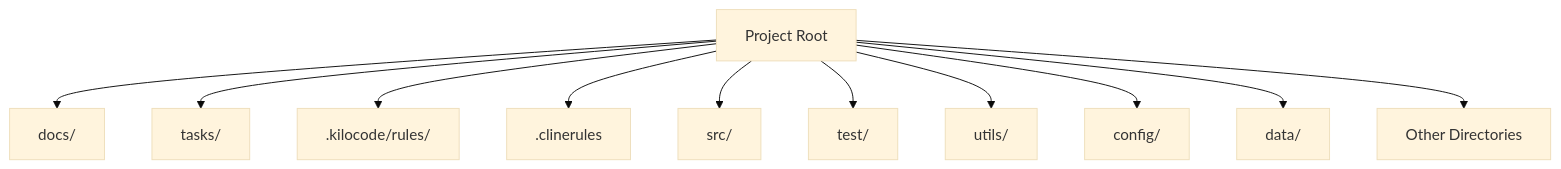
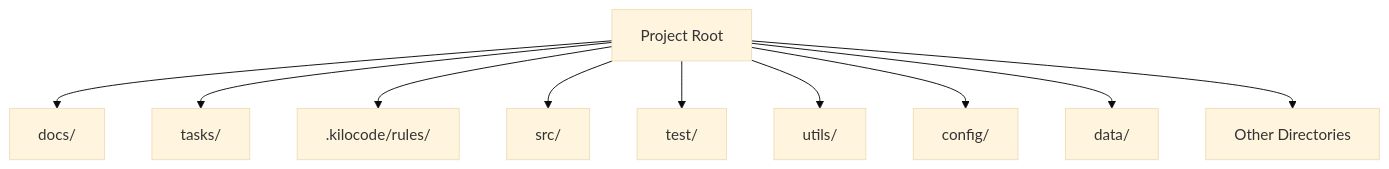
One commit to jayhan94/kilocode-rules changed the diagram in rules/directory-structure.mdc. Above: the diagram before and after it, drawn with Mermaid (base theme). The commit also changed other lines of this file and 1 other file, not shown here.

Commit message:
Remove references to Cline and Cursor

````diff
--- a/rules/directory-structure.mdc
+++ b/rules/directory-structure.mdc
@@ -12,14 +17,13 @@
 ```mermaid
 flowchart TD
     Root[Project Root]
     Root --> Docs[docs/]
     Root --> Tasks[tasks/]
-    Root --> Cursor[.kilocode/rules/]
-    Root --> CLINE[.clinerules]
+    Root --> KiloCode[.kilocode/rules/]
     Root --> SourceCode[src/]
     Root --> Test[test/]
     Root --> Utils[utils/]
     Root --> Config[config/]
     Root --> Data[data/]
     Root --> Other[Other Directories]
 ```
````
